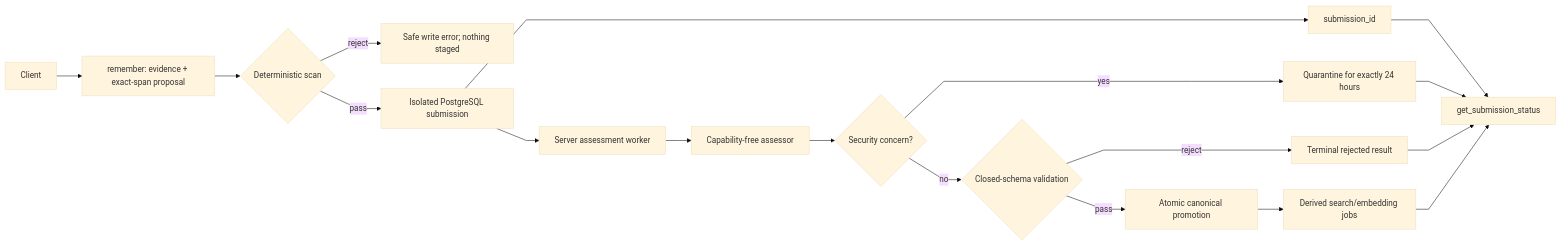
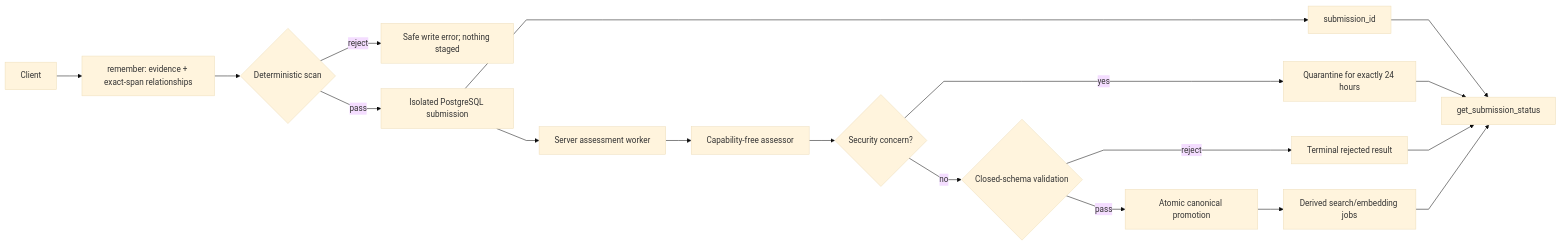
One commit to markhuangai/dense-mem changed the diagram in Write-Pipeline.md. Above: the diagram before and after it, drawn with Mermaid (base theme). The commit also changed other lines of this file and 7 other files, not shown here.

```diff
--- a/Write-Pipeline.md
+++ b/Write-Pipeline.md
@@ -13,21 +13,21 @@
 ~~~mermaid
 %%{init: {"flowchart": {"curve": "linear"}}}%%
 flowchart LR
-  Client["Client"] --> Remember["remember: evidence + exact-span proposal"]
+  Client["Client"] --> Remember["remember: evidence + exact-span relationships"]
   Remember --> Scan{"Deterministic scan"}
   Scan -- reject --> Reject["Safe write error; nothing staged"]
   Scan -- pass --> Stage["Isolated PostgreSQL submission"]
   Stage --> Status["submission_id"]
   Stage --> Worker["Server assessment worker"]
   Worker --> Assessor["Capability-free assessor"]
   Assessor --> Security{"Security concern?"}
   Security -- yes --> Quarantine["Quarantine for exactly 24 hours"]
   Security -- no --> Validate{"Closed-schema validation"}
   Validate -- reject --> Rejected["Terminal rejected result"]
   Validate -- pass --> Promote["Atomic canonical promotion"]
   Promote --> Search["Derived search/embedding jobs"]
   Status --> Poll["get_submission_status"]
   Quarantine --> Poll
   Rejected --> Poll
   Search --> Poll
 ~~~
```
